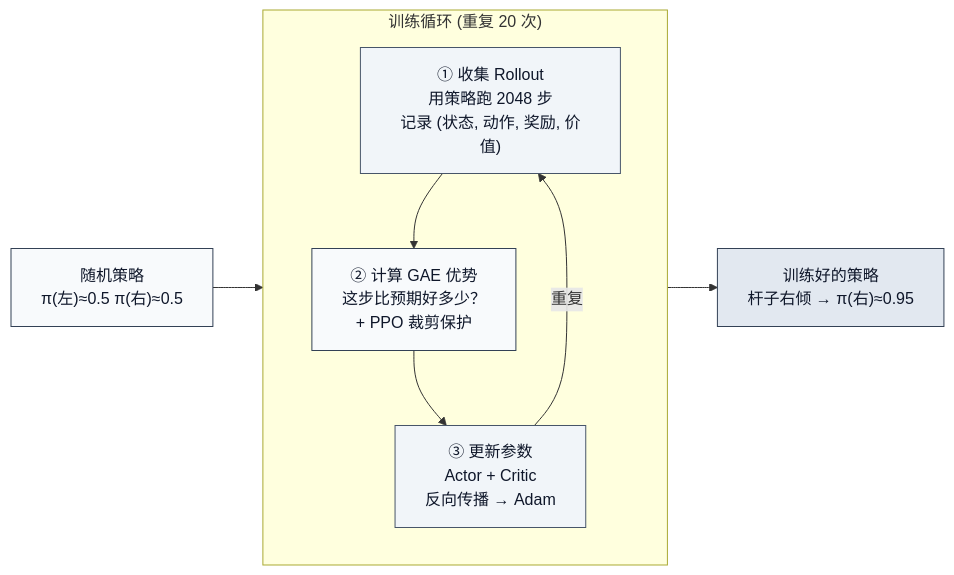
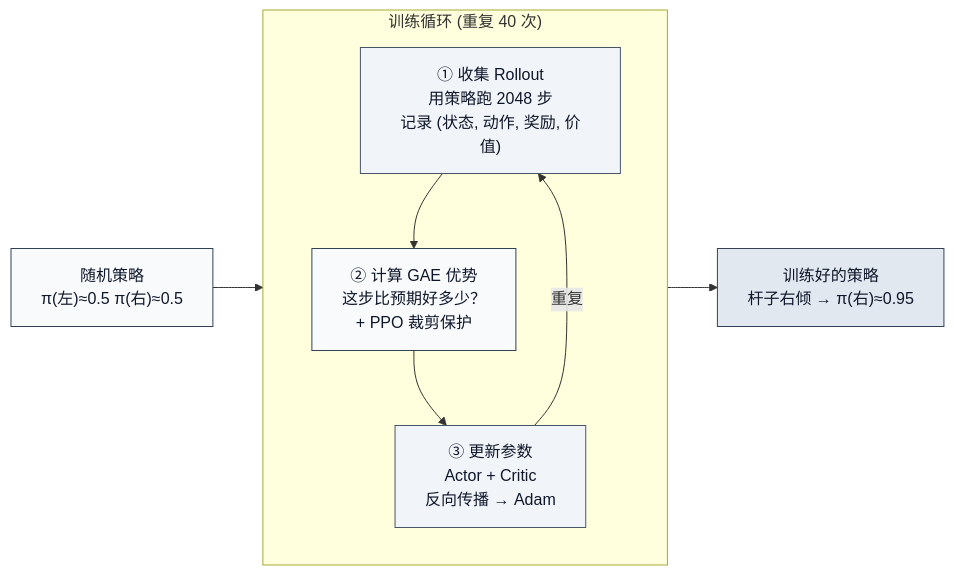
Before and after one commit to vishalbelsare/hands-on-modern-rl: the third of 3 diagrams in docs/chapter01_cartpole/principles.md, drawn with Mermaid. The commit also changed other lines of this file and 538 other files, not shown here.

````diff
--- a/docs/chapter01_cartpole/principles.md
+++ b/docs/chapter01_cartpole/principles.md
@@ -314,24 +314,24 @@
 ```mermaid
 flowchart LR
     START["随机策略\nπ(左)≈0.5 π(右)≈0.5"]
 
-    subgraph LOOP["训练循环 (重复 20 次)"]
+    subgraph LOOP["训练循环 (重复 40 次)"]
         direction TB
         A["① 收集 Rollout\n用策略跑 2048 步\n记录 (状态, 动作, 奖励, 价值)"]
         B["② 计算 GAE 优势\n这步比预期好多少？\n+ PPO 裁剪保护"]
         C["③ 更新参数\nActor + Critic\n反向传播 → Adam"]
         A --> B --> C
     end
 
     END["训练好的策略\n杆子右倾 → π(右)≈0.95"]
 
     START --> LOOP
     C -->|"重复"| A
     LOOP --> END
 
     style START fill:#f8fafc,stroke:#334155,color:#0f172a
     style A fill:#f1f5f9,stroke:#475569,color:#0f172a
     style B fill:#f8fafc,stroke:#334155,color:#0f172a
     style C fill:#f1f5f9,stroke:#475569,color:#0f172a
     style END fill:#e2e8f0,stroke:#334155,color:#0f172a
 ```
````
